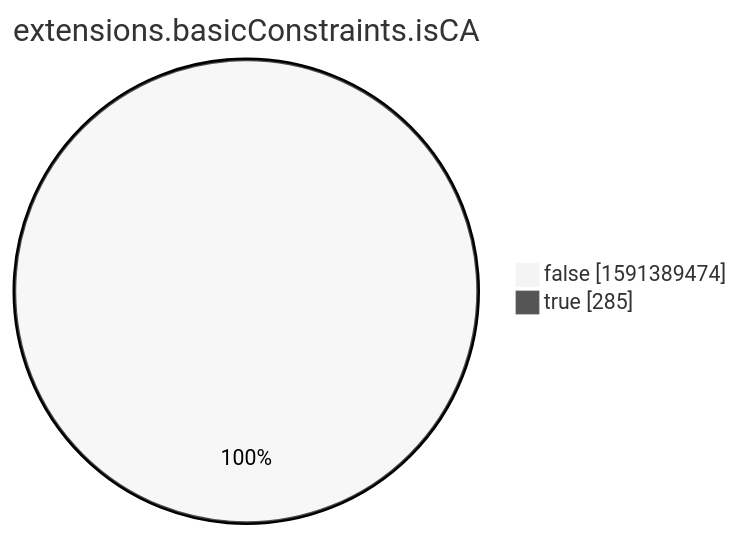
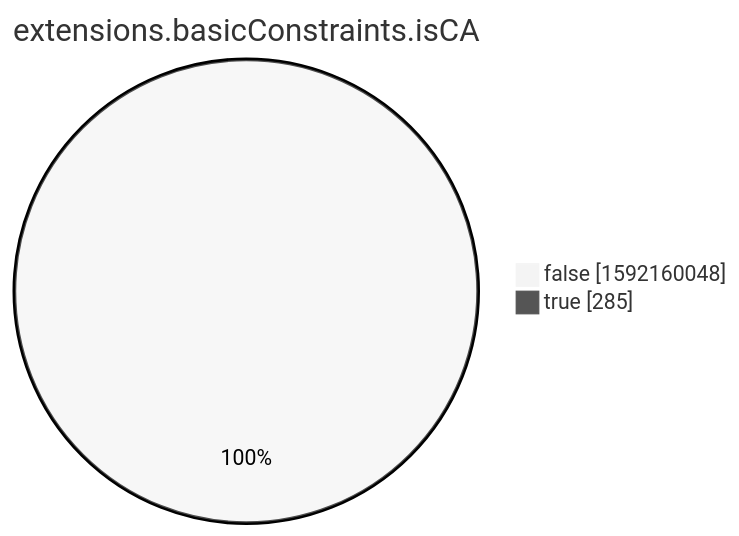
The eighth of 15 diagrams in xenon2022/README.md (christiankrug/ctmonitor_visualization), drawn with Mermaid (neutral theme) before and after one commit. The commit also changed other lines of this file, not shown here.

````diff
--- a/xenon2022/README.md
+++ b/xenon2022/README.md
@@ -2862,6 +2862,6 @@
 ```mermaid
 pie showData
 title extensions.basicConstraints.isCA
-"false" :1591389474
+"false" :1592160048
 "true" :285
 ```
````
